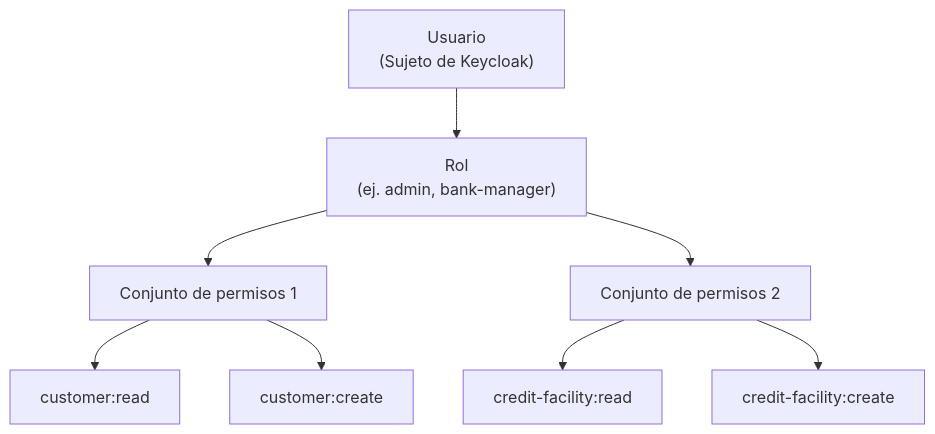
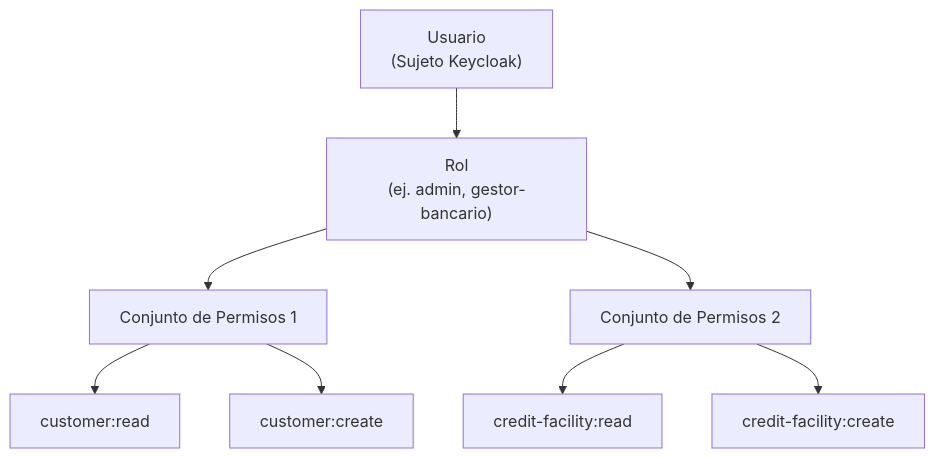
The diagram in docs-site/i18n/es/docusaurus-plugin-content-docs/current/for-internal-developers/authorization.md (GaloyMoney/lana-bank), drawn with Mermaid before and after one commit. The commit also changed other lines of this file and 76 other files, not shown here.

````diff
--- a/docs-site/i18n/es/docusaurus-plugin-content-docs/current/for-internal-developers/authorization.md
+++ b/docs-site/i18n/es/docusaurus-plugin-content-docs/current/for-internal-developers/authorization.md
@@ -19,10 +19,10 @@
 ```mermaid
 graph TD
-    USER["Usuario<br/>(Sujeto de Keycloak)"] --> ROLE["Rol<br/>(ej. admin, bank-manager)"]
-    ROLE --> PS1["Conjunto de permisos 1"]
-    ROLE --> PS2["Conjunto de permisos 2"]
+    USER["Usuario<br/>(Sujeto Keycloak)"] --> ROLE["Rol<br/>(ej. admin, gestor-bancario)"]
+    ROLE --> PS1["Conjunto de Permisos 1"]
+    ROLE --> PS2["Conjunto de Permisos 2"]
     PS1 --> P1["customer:read"]
     PS1 --> P2["customer:create"]
     PS2 --> P3["credit-facility:read"]
     PS2 --> P4["credit-facility:create"]
 ```
````
